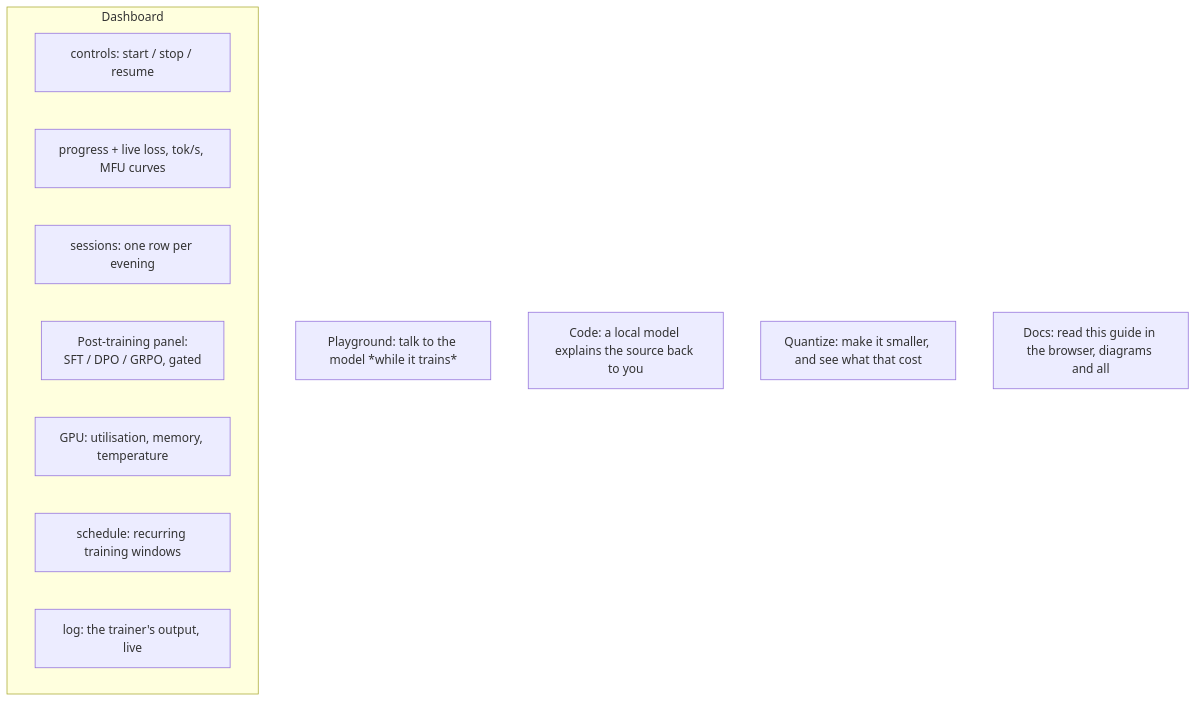
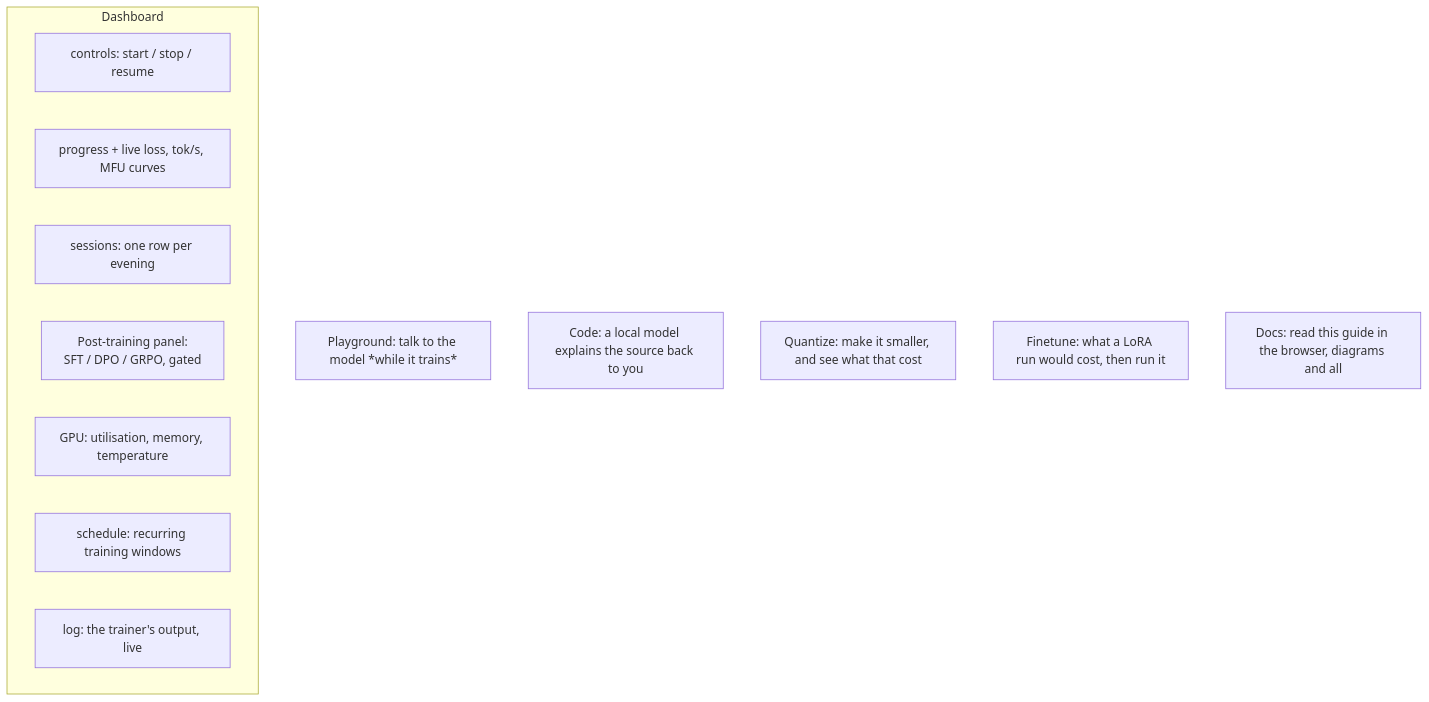
Before and after one commit to kunwarmahen/aksharallm: the fourth of 4 diagrams in docs/09-running-and-watching.md, drawn with Mermaid. The commit also changed other lines of this file and 2 other files, not shown here.

````diff
--- a/docs/09-running-and-watching.md
+++ b/docs/09-running-and-watching.md
@@ -126,16 +126,17 @@
 ```mermaid
 flowchart TD
     subgraph Dashboard
         C[controls: start / stop / resume]
         PR[progress + live loss, tok/s, MFU curves]
         SE[sessions: one row per evening]
         PT["Post-training panel:<br/>SFT / DPO / GRPO, gated"]
         GP[GPU: utilisation, memory, temperature]
         SC[schedule: recurring training windows]
         LG[log: the trainer's output, live]
     end
     Play[Playground: talk to the model *while it trains*]
     Code[Code: a local model explains the source back to you]
     Quant[Quantize: make it smaller, and see what that cost]
+    Tune["Finetune: what a LoRA run would cost, then run it"]
     Docs[Docs: read this guide in the browser, diagrams and all]
 ```
````
